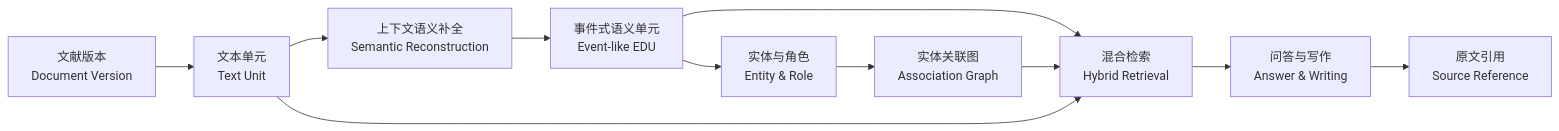
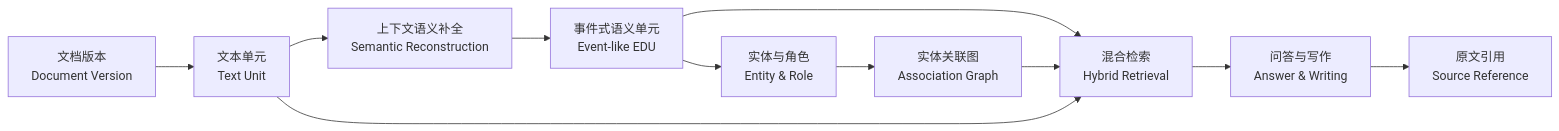
One commit to muzhix/suzhi changed the first of 5 diagrams in doc/blueprint.md. Above: the diagram before and after it, drawn with Mermaid. The commit also changed other lines of this file and 10 other files, not shown here.

````diff
--- a/doc/blueprint.md
+++ b/doc/blueprint.md
@@ -60,13 +72,13 @@
 ```mermaid
 flowchart LR
-    D[文献版本<br/>Document Version] --> T[文本单元<br/>Text Unit]
+    D[文档版本<br/>Document Version] --> T[文本单元<br/>Text Unit]
     T --> C[上下文语义补全<br/>Semantic Reconstruction]
     C --> U[事件式语义单元<br/>Event-like EDU]
     U --> E[实体与角色<br/>Entity & Role]
     E --> G[实体关联图<br/>Association Graph]
     U --> R[混合检索<br/>Hybrid Retrieval]
     G --> R
     T --> R
     R --> A[问答与写作<br/>Answer & Writing]
     A --> S[原文引用<br/>Source Reference]
 ```
````
